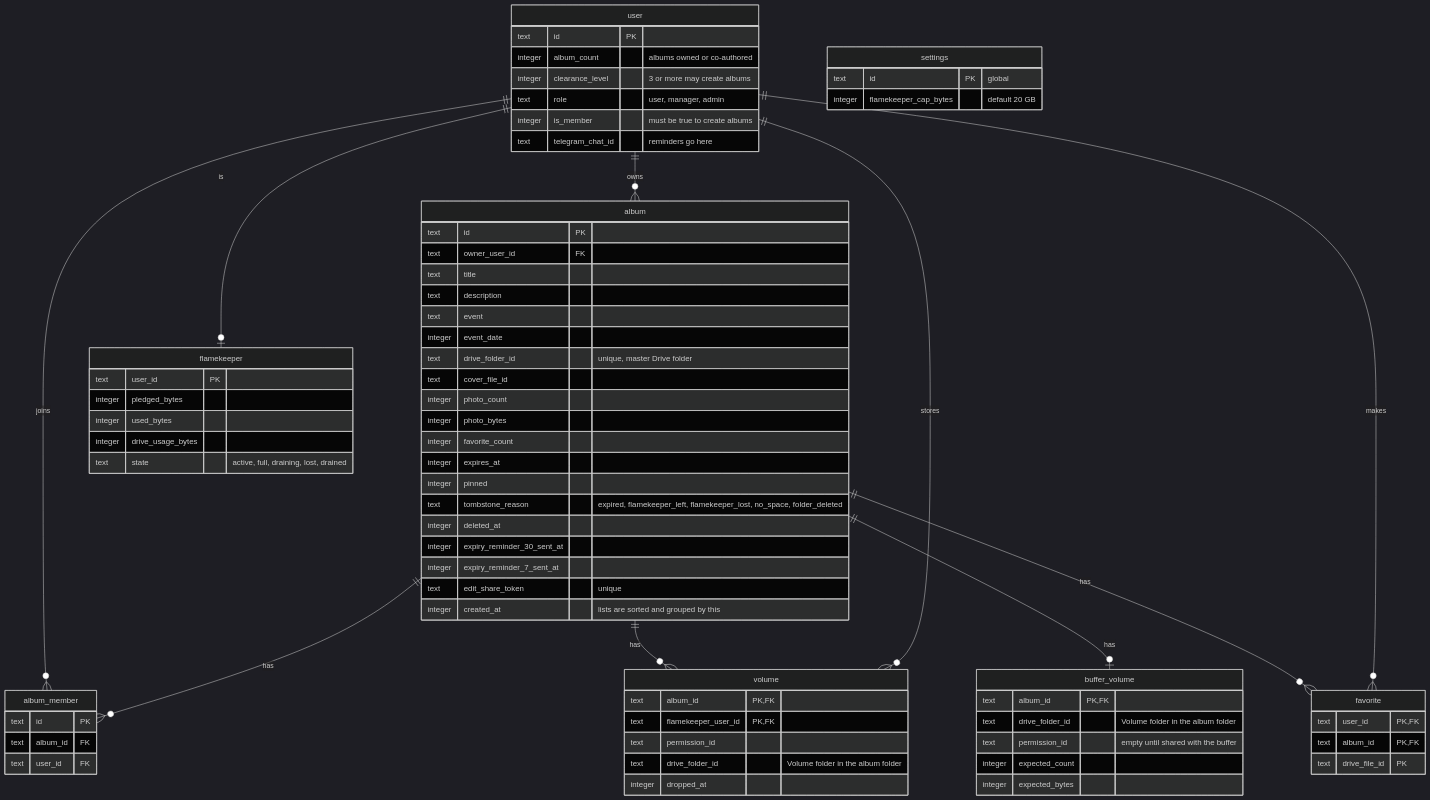
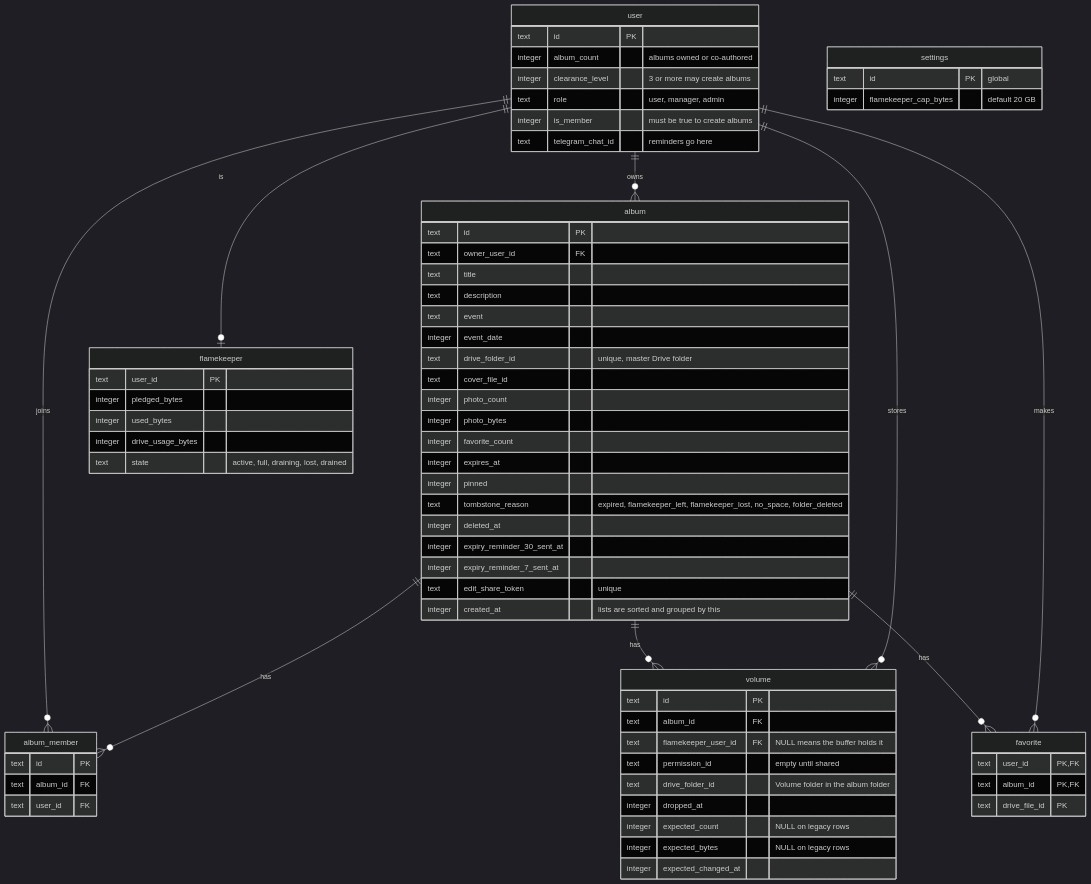
The diagram in docs/scenarios/albums/erd.md (sagyzdop/meriksirat), drawn with Mermaid (dark theme) before and after one commit. The commit also changed other lines of this file and 15 other files, not shown here.

Commit message:
refactor(db): merge buffer_volume into volume (#17)

````diff
--- a/docs/scenarios/albums/erd.md
+++ b/docs/scenarios/albums/erd.md
@@ -16,76 +16,72 @@
 ```mermaid
 erDiagram
     user ||--o{ album : owns
     user ||--o{ album_member : joins
     album ||--o{ album_member : has
     album ||--o{ volume : has
-    album ||--o| buffer_volume : has
     album ||--o{ favorite : has
     user ||--o{ favorite : makes
     user ||--o{ volume : stores
     user ||--o| flamekeeper : is
     user {
         text id PK
         integer album_count "albums owned or co-authored"
         integer clearance_level "3 or more may create albums"
         text role "user, manager, admin"
         integer is_member "must be true to create albums"
         text telegram_chat_id "reminders go here"
     }
     album {
         text id PK
         text owner_user_id FK
         text title
         text description
         text event
         integer event_date
         text drive_folder_id "unique, master Drive folder"
         text cover_file_id
         integer photo_count
         integer photo_bytes
         integer favorite_count
         integer expires_at
         integer pinned
         text tombstone_reason "expired, flamekeeper_left, flamekeeper_lost, no_space, folder_deleted"
         integer deleted_at
         integer expiry_reminder_30_sent_at
         integer expiry_reminder_7_sent_at
         text edit_share_token "unique"
         integer created_at "lists are sorted and grouped by this"
     }
     album_member {
         text id PK
         text album_id FK
         text user_id FK
     }
     favorite {
         text user_id PK, FK
         text album_id PK, FK
         text drive_file_id PK
     }
-    buffer_volume {
-        text album_id PK, FK
-        text drive_folder_id "Volume folder in the album folder"
-        text permission_id "empty until shared with the buffer"
-        integer expected_count
-        integer expected_bytes
-    }
     volume {
-        text album_id PK, FK
-        text flamekeeper_user_id PK, FK
-        text permission_id
+        text id PK
+        text album_id FK
+        text flamekeeper_user_id FK "NULL means the buffer holds it"
+        text permission_id "empty until shared"
         text drive_folder_id "Volume folder in the album folder"
         integer dropped_at
+        integer expected_count "NULL on legacy rows"
+        integer expected_bytes "NULL on legacy rows"
+        integer expected_changed_at
     }
     flamekeeper {
         text user_id PK
         integer pledged_bytes
         integer used_bytes
         integer drive_usage_bytes
         text state "active, full, draining, lost, drained"
     }
     settings {
         text id PK "global"
         integer flamekeeper_cap_bytes "default 20 GB"
     }
 ```
````
